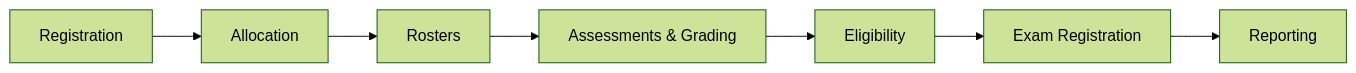
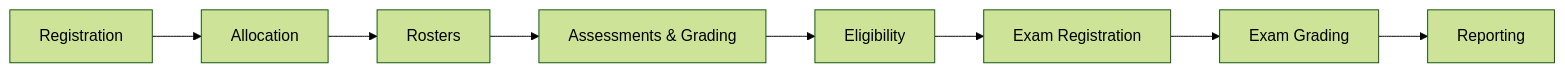
Before and after one commit to MaMpf-HD/mampf: the diagram in architecture/src/features/00-overview.md, drawn with Mermaid (forest theme). The commit also changed other lines of this file and 4 other files, not shown here.

````diff
--- a/architecture/src/features/00-overview.md
+++ b/architecture/src/features/00-overview.md
@@ -5,9 +5,10 @@
 ```mermaid
 flowchart LR
     A[Registration] --> B[Allocation];
     B --> C[Rosters];
     C --> D[Assessments & Grading];
     D --> E[Eligibility];
     E --> F[Exam Registration];
-    F --> G[Reporting];
+    F --> H[Exam Grading];
+    H --> G[Reporting];
 ```
````
